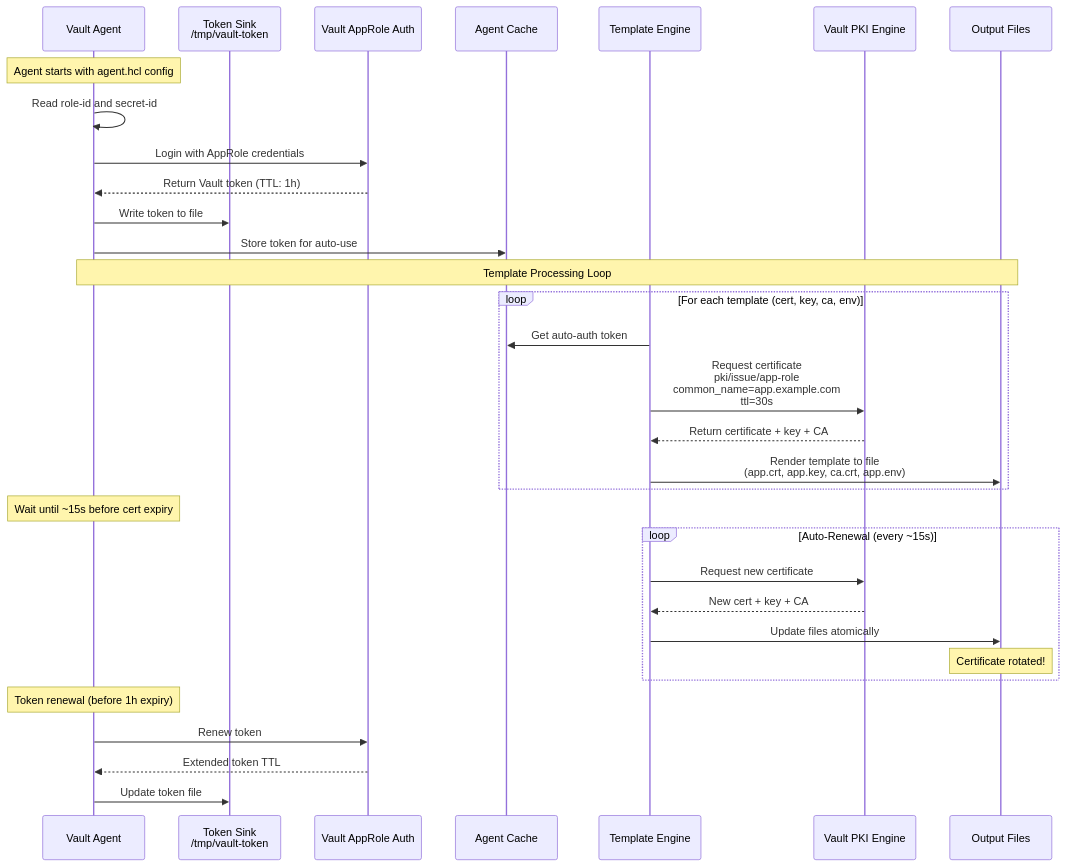
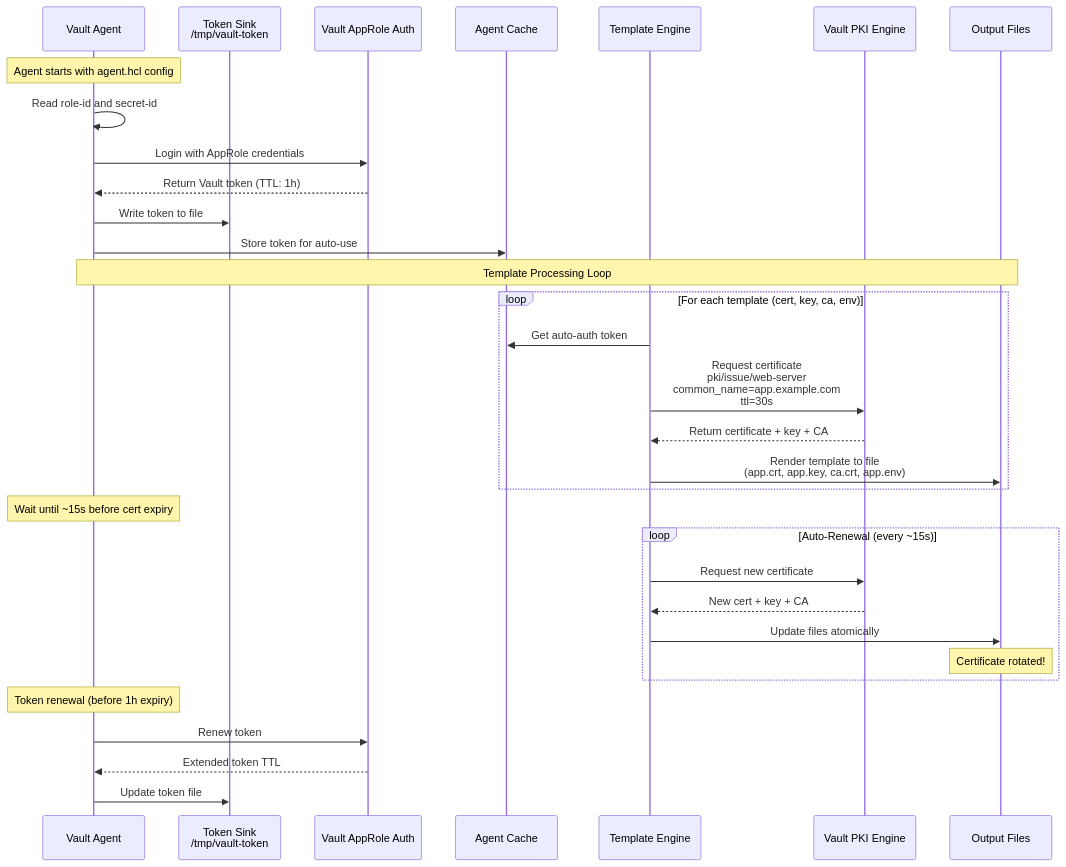
Before and after one commit to songlining/pki: the fourth of 12 diagrams in agent-demo-diagrams.md, drawn with Mermaid. The commit also changed other lines of this file and 20 other files, not shown here.

First line of the commit message:
Add deck-api presenterm deck; rename PKI role app-role to web-server

````diff
--- a/agent-demo-diagrams.md
+++ b/agent-demo-diagrams.md
@@ -139,41 +139,41 @@
 ```mermaid
 sequenceDiagram
     participant Agent as Vault Agent
     participant AuthSink as Token Sink<br/>/tmp/vault-token
     participant VaultAuth as Vault AppRole Auth
     participant Cache as Agent Cache
     participant Template as Template Engine
     participant PKI as Vault PKI Engine
     participant Files as Output Files
     
     Note over Agent: Agent starts with agent.hcl config
     
     Agent->>Agent: Read role-id and secret-id
     Agent->>VaultAuth: Login with AppRole credentials
     VaultAuth-->>Agent: Return Vault token (TTL: 1h)
     Agent->>AuthSink: Write token to file
     Agent->>Cache: Store token for auto-use
     
     Note over Agent,Files: Template Processing Loop
     
     loop For each template (cert, key, ca, env)
         Template->>Cache: Get auto-auth token
-        Template->>PKI: Request certificate<br/>pki/issue/app-role<br/>common_name=app.example.com<br/>ttl=30s
+        Template->>PKI: Request certificate<br/>pki/issue/web-server<br/>common_name=app.example.com<br/>ttl=30s
         PKI-->>Template: Return certificate + key + CA
         Template->>Files: Render template to file<br/>(app.crt, app.key, ca.crt, app.env)
     end
     
     Note over Agent: Wait until ~15s before cert expiry
     
     loop Auto-Renewal (every ~15s)
         Template->>PKI: Request new certificate
         PKI-->>Template: New cert + key + CA
         Template->>Files: Update files atomically
         Note over Files: Certificate rotated!
     end
     
     Note over Agent: Token renewal (before 1h expiry)
     Agent->>VaultAuth: Renew token
     VaultAuth-->>Agent: Extended token TTL
     Agent->>AuthSink: Update token file
 ```
````
